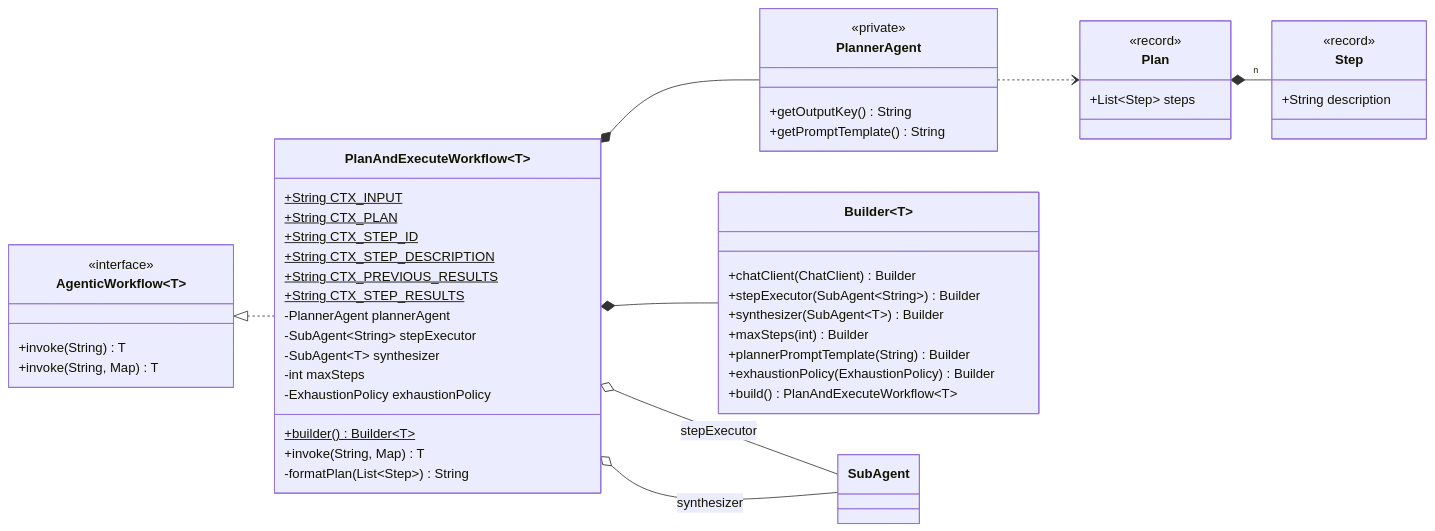
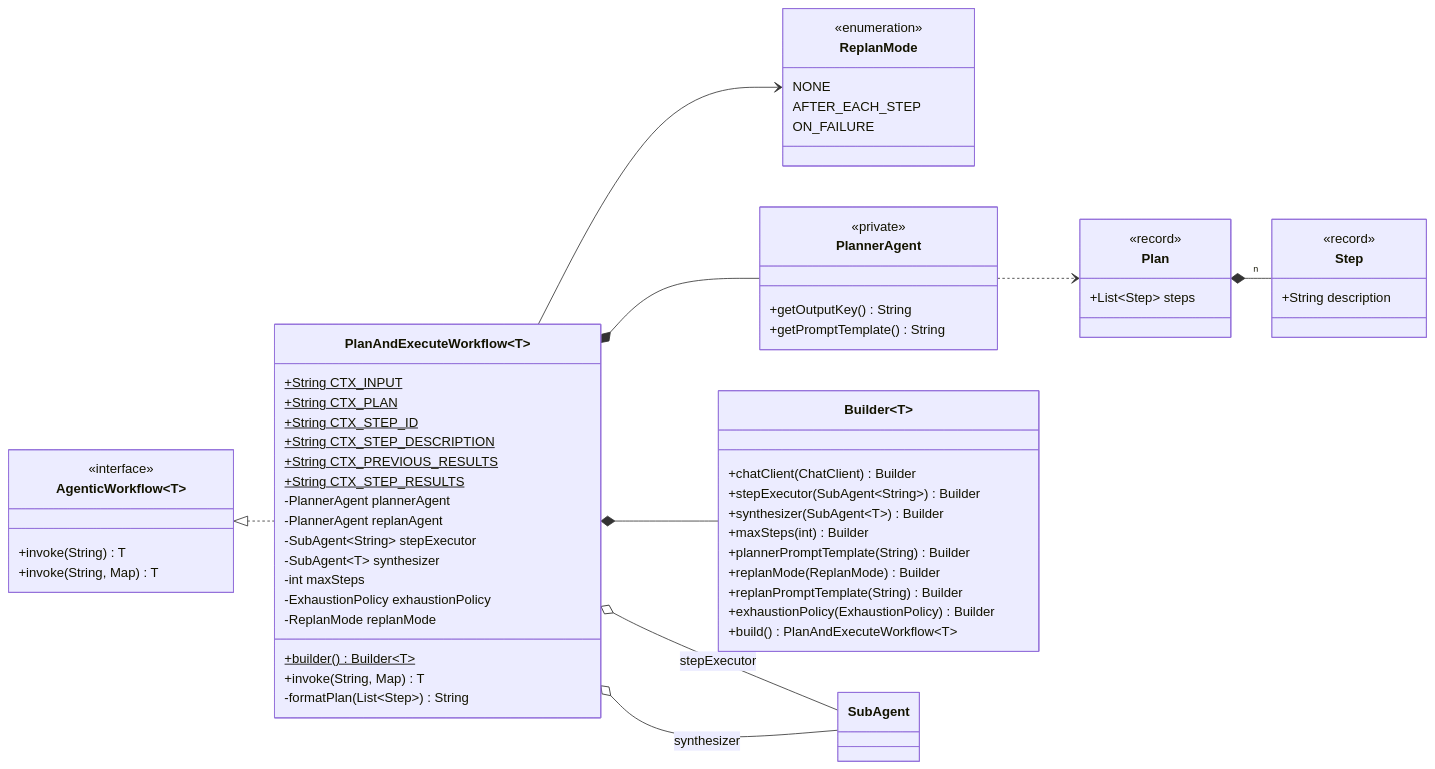
The first of 2 diagrams in api/docs/plan-and-execute-workflow.md (ronaldwkcheng/agent-api), drawn with Mermaid before and after one commit. The commit also changed other lines of this file and 7 other files, not shown here.

First line of the commit message:
Add re-planning to PlanAndExecuteWorkflow (ENHANCEMENTS 2.2)

````diff
--- a/api/docs/plan-and-execute-workflow.md
+++ b/api/docs/plan-and-execute-workflow.md
@@ -22,61 +23,73 @@
 ```mermaid
 classDiagram
     direction LR
 
     class AgenticWorkflow~T~ {
         <<interface>>
         +invoke(String) T
         +invoke(String, Map) T
     }
 
     class PlanAndExecuteWorkflow~T~ {
         +String CTX_INPUT$
         +String CTX_PLAN$
         +String CTX_STEP_ID$
         +String CTX_STEP_DESCRIPTION$
         +String CTX_PREVIOUS_RESULTS$
         +String CTX_STEP_RESULTS$
         -PlannerAgent plannerAgent
+        -PlannerAgent replanAgent
         -SubAgent~String~ stepExecutor
         -SubAgent~T~ synthesizer
         -int maxSteps
         -ExhaustionPolicy exhaustionPolicy
+        -ReplanMode replanMode
         +builder()$ Builder~T~
         +invoke(String, Map) T
         -formatPlan(List~Step~) String
+    }
+
+    class ReplanMode {
+        <<enumeration>>
+        NONE
+        AFTER_EACH_STEP
+        ON_FAILURE
     }
 
     class PlannerAgent {
         <<private>>
         +getOutputKey() String
         +getPromptTemplate() String
     }
 
     class Plan {
         <<record>>
         +List~Step~ steps
     }
 
     class Step {
         <<record>>
         +String description
     }
 
     class Builder~T~ {
         +chatClient(ChatClient) Builder
         +stepExecutor(SubAgent~String~) Builder
         +synthesizer(SubAgent~T~) Builder
         +maxSteps(int) Builder
         +plannerPromptTemplate(String) Builder
+        +replanMode(ReplanMode) Builder
+        +replanPromptTemplate(String) Builder
         +exhaustionPolicy(ExhaustionPolicy) Builder
         +build() PlanAndExecuteWorkflow~T~
     }
 
     AgenticWorkflow <|.. PlanAndExecuteWorkflow
     PlanAndExecuteWorkflow *-- PlannerAgent
     PlanAndExecuteWorkflow *-- Builder
+    PlanAndExecuteWorkflow --> ReplanMode
     PlanAndExecuteWorkflow o-- SubAgent : stepExecutor
     PlanAndExecuteWorkflow o-- SubAgent : synthesizer
     PlannerAgent ..> Plan
     Plan *-- "n" Step
 ```
````
